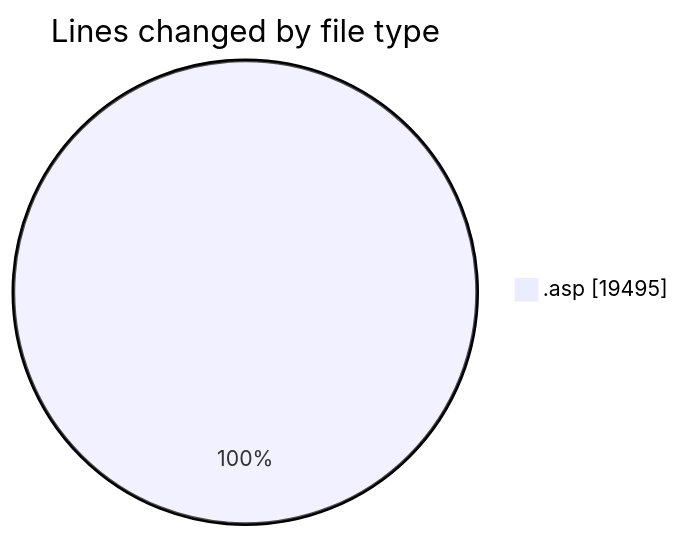
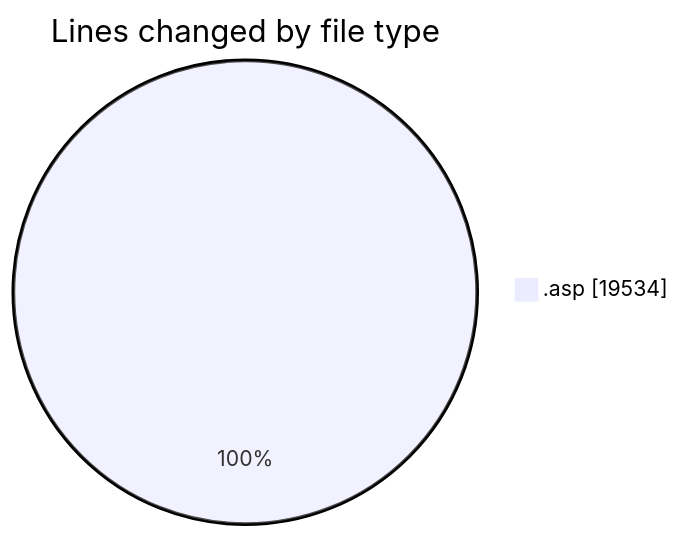
One commit to julien-gomy/code-tracking changed the first of 2 diagrams in 2025-11-18/cdp_aleoudev_fr__workspace_/README.md. Above: the diagram before and after it, drawn with Mermaid. The commit also changed other lines of this file and 1 other file, not shown here.

````diff
--- a/2025-11-18/cdp_aleoudev_fr__workspace_/README.md
+++ b/2025-11-18/cdp_aleoudev_fr__workspace_/README.md
@@ -36,5 +37,5 @@
 ```mermaid
 pie showData
 title Lines changed by file type
-".asp" : 19495
+".asp" : 19534
 ```
````
